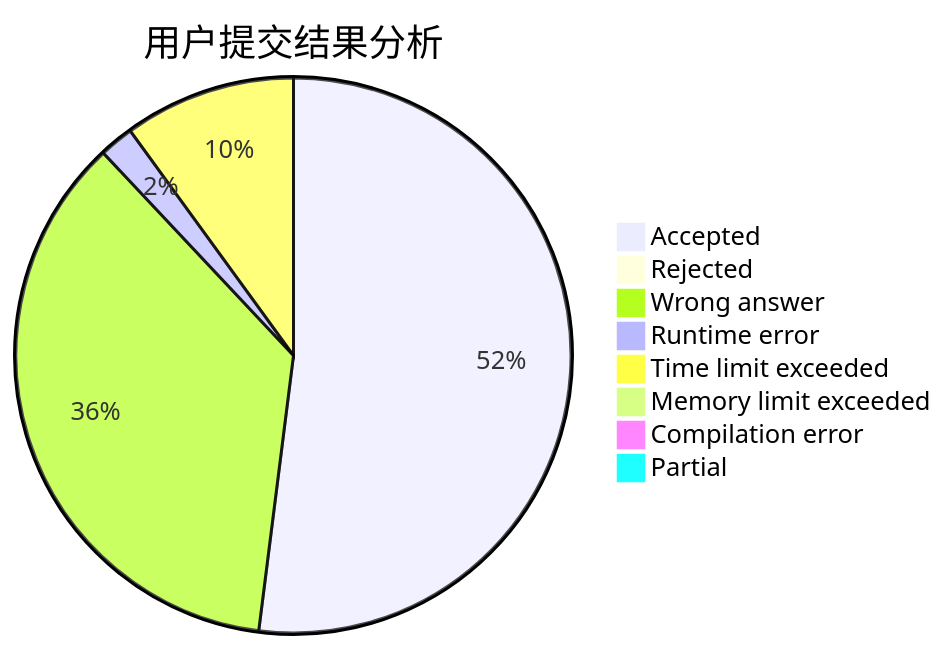
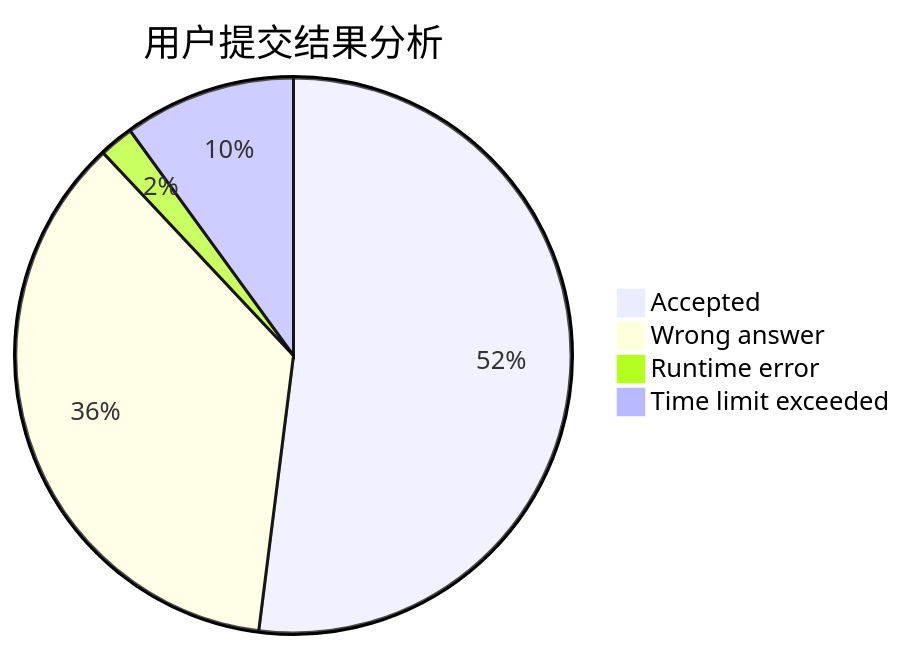
Before and after one commit to sherpahu/cfrs.github.io: the first of 3 diagrams in docs/user/u138.md, drawn with Mermaid. The commit also changed 2770 other files, not shown here.

````diff
--- a/docs/user/u138.md
+++ b/docs/user/u138.md
@@ -5,11 +5,7 @@
 ```mermaid
 pie title 用户提交结果分析
     "Accepted" :  26
-    "Rejected" :  0
     "Wrong answer" :  18
     "Runtime error" :  1
     "Time limit exceeded" :  5
-    "Memory limit exceeded" :  0
-    "Compilation error" :  0
-    "Partial" :  0
 ```
````
